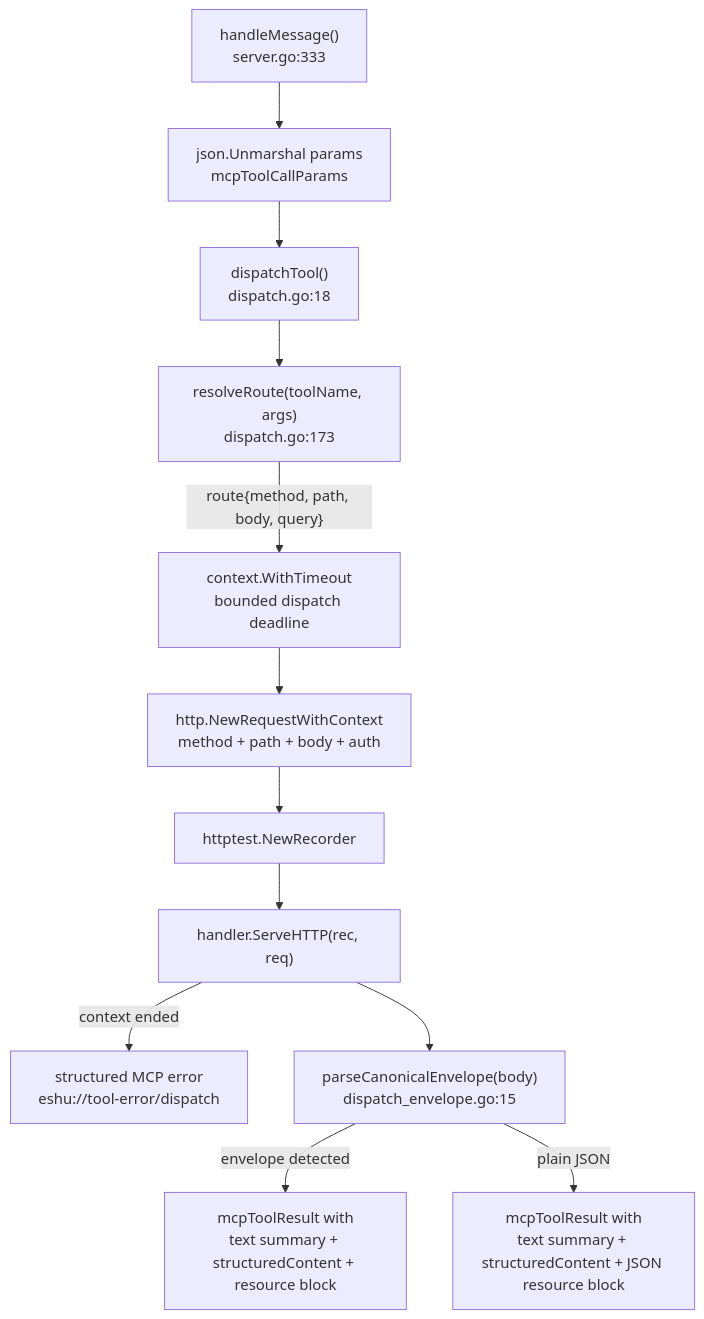
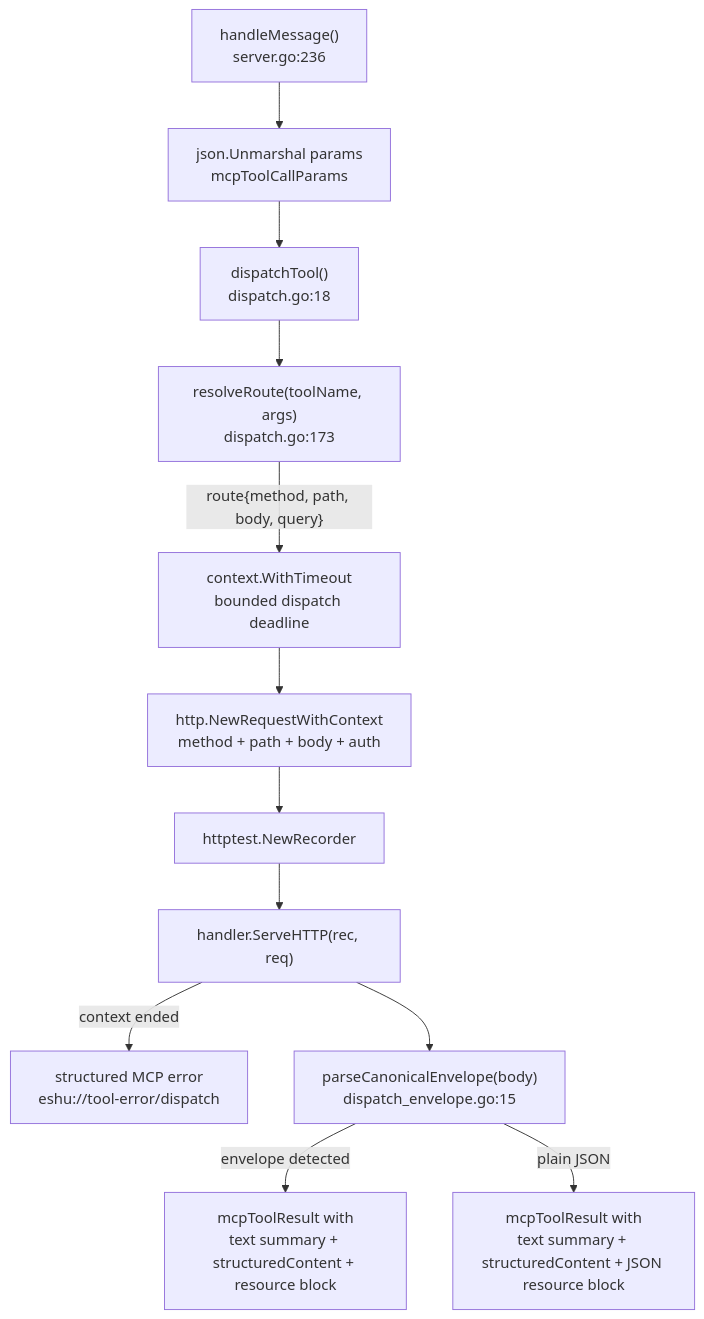
Before and after one commit to eshu-hq/eshu: the second of 2 diagrams in go/internal/mcp/README.md, drawn with Mermaid. The commit also changed other lines of this file and 17 other files, not shown here.

````diff
--- a/go/internal/mcp/README.md
+++ b/go/internal/mcp/README.md
@@ -49,27 +49,27 @@
 ```mermaid
 flowchart TB
-    hm["handleMessage()\nserver.go:333"]
+    hm["handleMessage()\nserver.go:236"]
     parse["json.Unmarshal params\nmcpToolCallParams"]
     dt["dispatchTool()\ndispatch.go:18"]
     rr["resolveRoute(toolName, args)\ndispatch.go:173"]
     deadline["context.WithTimeout\nbounded dispatch deadline"]
     req["http.NewRequestWithContext\nmethod + path + body + auth"]
     rec["httptest.NewRecorder"]
     serve["handler.ServeHTTP(rec, req)"]
     timeout["structured MCP error\neshu://tool-error/dispatch"]
     pce["parseCanonicalEnvelope(body)\ndispatch_envelope.go:15"]
     envelope["mcpToolResult with\ntext summary + structuredContent + resource block"]
     plain["mcpToolResult with\ntext summary + structuredContent + JSON resource block"]
 
     hm --> parse
     parse --> dt
     dt --> rr
     rr -->|"route{method, path, body, query}"| deadline
     deadline --> req
     req --> rec
     rec --> serve
     serve -->|"context ended"| timeout
     serve --> pce
     pce -->|"envelope detected"| envelope
     pce -->|"plain JSON"| plain
 ```
````
